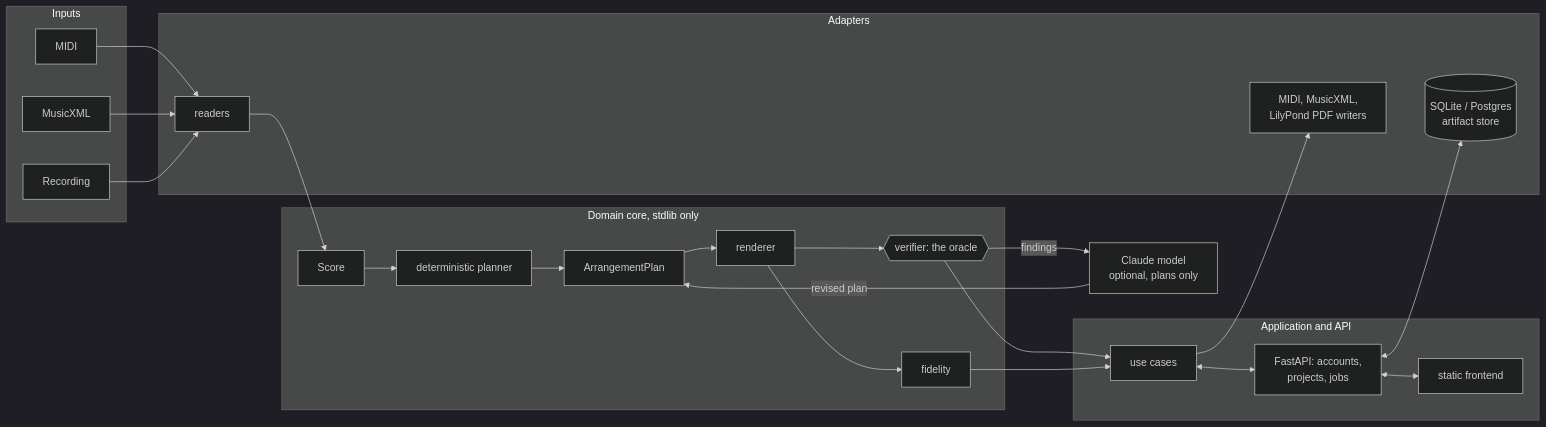
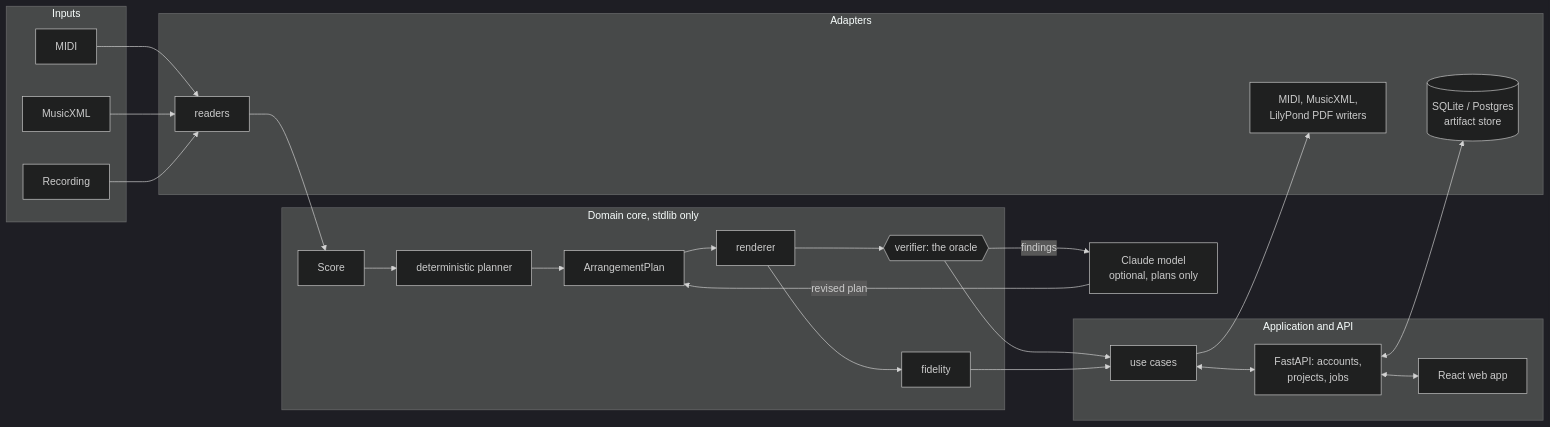
One commit to aleenabenny0/arranger changed the diagram in README.md. Above: the diagram before and after it, drawn with Mermaid (dark theme). The commit also changed other lines of this file and 8 other files, not shown here.

First line of the commit message:
Describe the React web app in the docs and build it from the scripts

````diff
--- a/README.md
+++ b/README.md
@@ -35,36 +37,36 @@
 ```mermaid
 flowchart LR
     subgraph inputs [Inputs]
         MIDI[MIDI]
         MXL[MusicXML]
         AUDIO[Recording]
     end
     subgraph adapters [Adapters]
         READERS[readers]
         WRITERS[MIDI, MusicXML,<br/>LilyPond PDF writers]
         STORE[(SQLite / Postgres<br/>artifact store)]
     end
     subgraph domain [Domain core, stdlib only]
         SCORE[Score]
         PLANNER[deterministic planner]
         PLAN[ArrangementPlan]
         RENDER[renderer]
         VERIFY{{verifier: the oracle}}
         FIDELITY[fidelity]
     end
     MODEL[Claude model<br/>optional, plans only]
     subgraph app [Application and API]
         WORKFLOWS[use cases]
         API[FastAPI: accounts,<br/>projects, jobs]
-        UI[static frontend]
+        UI[React web app]
     end
     MIDI & MXL & AUDIO --> READERS --> SCORE
     SCORE --> PLANNER --> PLAN --> RENDER --> VERIFY
     RENDER --> FIDELITY
     VERIFY -- findings --> MODEL -- revised plan --> PLAN
     VERIFY --> WORKFLOWS
     FIDELITY --> WORKFLOWS
     WORKFLOWS --> WRITERS
     WORKFLOWS <--> API <--> UI
     API <--> STORE
 ```
````
